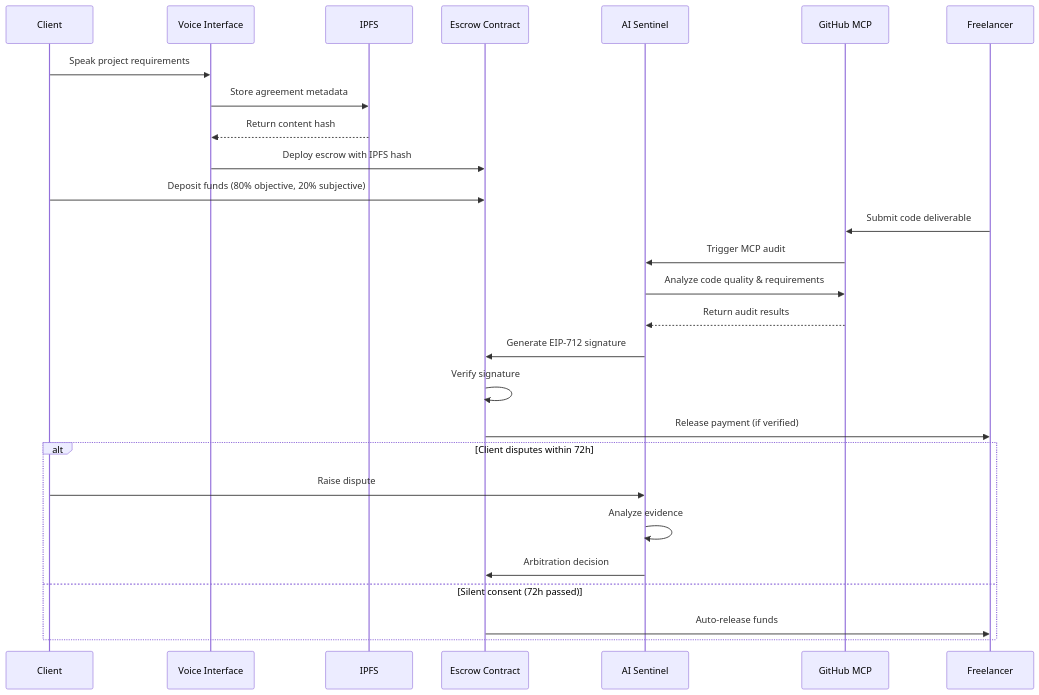
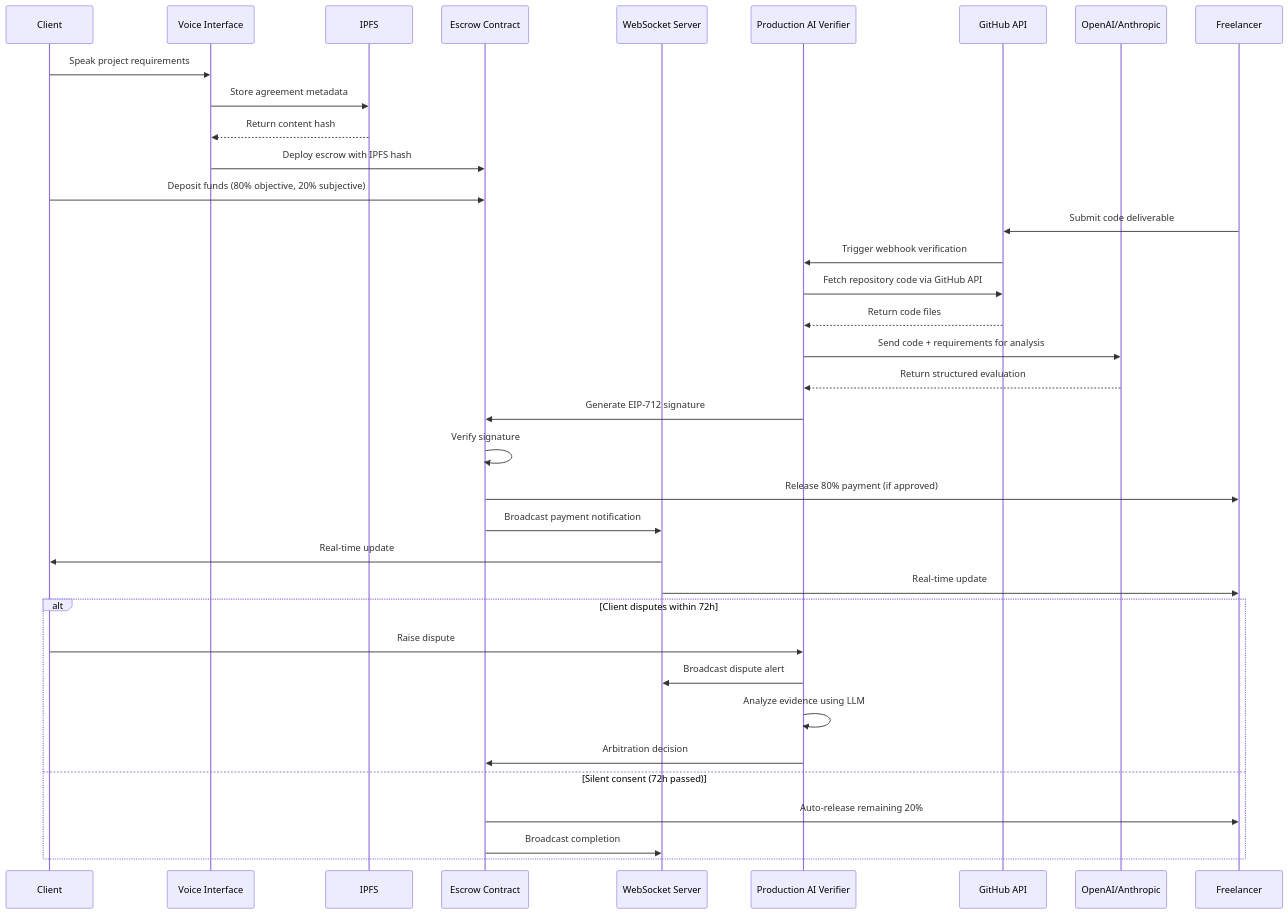
The diagram in .kiro/Vera/design.md (Aryan10022006/Vera), drawn with Mermaid before and after one commit. The commit also changed other lines of this file and 20 other files, not shown here.

````diff
--- a/.kiro/Vera/design.md
+++ b/.kiro/Vera/design.md
@@ -13,33 +13,42 @@
 ```mermaid
 sequenceDiagram
     participant Client
     participant VoiceUI as Voice Interface
     participant IPFS
     participant SmartContract as Escrow Contract
-    participant AI as AI Sentinel
-    participant GitHub as GitHub MCP
+    participant WebSocket as WebSocket Server
+    participant AI as Production AI Verifier
+    participant GitHub as GitHub API
+    participant LLM as OpenAI/Anthropic
     participant Freelancer
 
     Client->>VoiceUI: Speak project requirements
     VoiceUI->>IPFS: Store agreement metadata
     IPFS-->>VoiceUI: Return content hash
     VoiceUI->>SmartContract: Deploy escrow with IPFS hash
     Client->>SmartContract: Deposit funds (80% objective, 20% subjective)
     
     Freelancer->>GitHub: Submit code deliverable
-    GitHub->>AI: Trigger MCP audit
-    AI->>GitHub: Analyze code quality & requirements
-    GitHub-->>AI: Return audit results
+    GitHub->>AI: Trigger webhook verification
+    AI->>GitHub: Fetch repository code via GitHub API
+    GitHub-->>AI: Return code files
+    AI->>LLM: Send code + requirements for analysis
+    LLM-->>AI: Return structured evaluation
     
     AI->>SmartContract: Generate EIP-712 signature
     SmartContract->>SmartContract: Verify signature
-    SmartContract->>Freelancer: Release payment (if verified)
+    SmartContract->>Freelancer: Release 80% payment (if approved)
+    SmartContract->>WebSocket: Broadcast payment notification
+    WebSocket->>Client: Real-time update
+    WebSocket->>Freelancer: Real-time update
     
     alt Client disputes within 72h
         Client->>AI: Raise dispute
-        AI->>AI: Analyze evidence
+        AI->>WebSocket: Broadcast dispute alert
+        AI->>AI: Analyze evidence using LLM
         AI->>SmartContract: Arbitration decision
     else Silent consent (72h passed)
-        SmartContract->>Freelancer: Auto-release funds
+        SmartContract->>Freelancer: Auto-release remaining 20%
+        SmartContract->>WebSocket: Broadcast completion
     end
 ```
````
